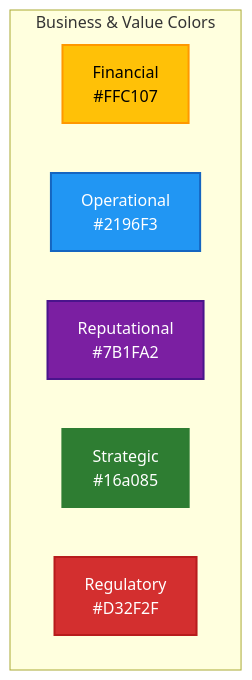
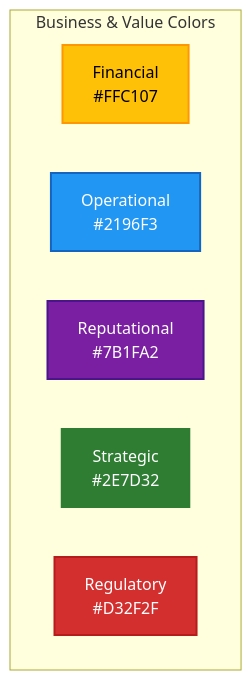
One commit to Hack23/cia-compliance-manager changed the second of 6 diagrams in docs/architecture/STYLE_GUIDE.md. Above: the diagram before and after it, drawn with Mermaid. The commit also changed 2 other files, not shown here.

Commit message:
fix: standardize mermaid init directives and fix STYLE_GUIDE color label mismatch per review
Agent-Logs-Url: https://github.com/Hack23/cia-compliance-manager/sessions/982b9f2f-a85b-46f6-83c3-4d13d2bc30e6

````diff
--- a/docs/architecture/STYLE_GUIDE.md
+++ b/docs/architecture/STYLE_GUIDE.md
@@ -104,16 +104,16 @@
 ```mermaid
 graph TD
     subgraph "Business & Value Colors"
         B1[Financial<br>#FFC107]
         B2[Operational<br>#2196F3]
         B3[Reputational<br>#7B1FA2]
-        B4[Strategic<br>#16a085]
+        B4[Strategic<br>#2E7D32]
         B5[Regulatory<br>#D32F2F]
     end
     
     style B1 fill:#FFC107,stroke:#FF9800,stroke-width:2px,color:black
     style B2 fill:#2196F3,stroke:#1565C0,stroke-width:2px,color:white
     style B3 fill:#7B1FA2,stroke:#4A148C,stroke-width:2px,color:white
     style B4 fill:#2E7D32,stroke:#2E7D32,stroke-width:2px,color:white
     style B5 fill:#D32F2F,stroke:#B71C1C,stroke-width:2px,color:white
 ```
````
